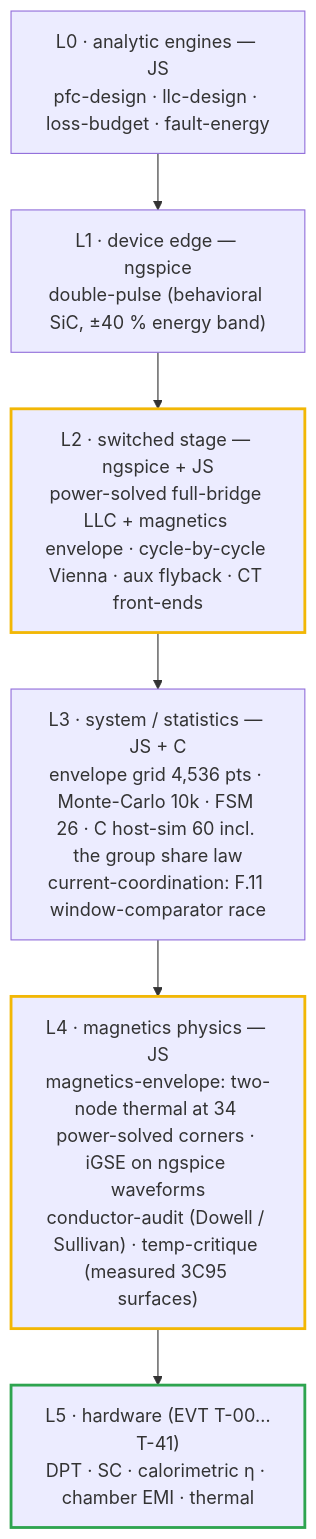
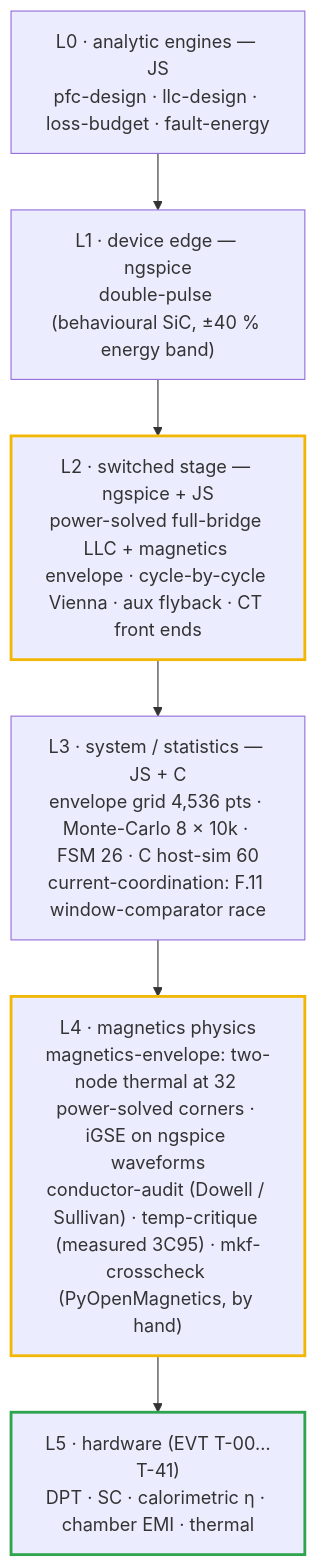
The first of 2 diagrams in docs/simulation-toolchain.md (vectivolt/DC-Modules), drawn with Mermaid before and after one commit. The commit also changed other lines of this file and 82 other files, not shown here.

````diff
--- a/docs/simulation-toolchain.md
+++ b/docs/simulation-toolchain.md
@@ -27,13 +29,13 @@
 ```mermaid
 flowchart TB
   L5["L5 · hardware (EVT T-00…T-41)<br/>DPT · SC · calorimetric η · chamber EMI · thermal"]
-  L4["L4 · magnetics physics — JS<br/>magnetics-envelope: two-node thermal at 34 power-solved corners · iGSE on ngspice waveforms<br/>conductor-audit (Dowell / Sullivan) · temp-critique (measured 3C95 surfaces)"]
-  L3["L3 · system / statistics — JS + C<br/>envelope grid 4,536 pts · Monte-Carlo 10k · FSM 26 · C host-sim 60 incl. the group share law<br/>current-coordination: F.11 window-comparator race"]
-  L2["L2 · switched stage — ngspice + JS<br/>power-solved full-bridge LLC + magnetics envelope · cycle-by-cycle Vienna · aux flyback · CT front-ends"]
-  L1["L1 · device edge — ngspice<br/>double-pulse (behavioral SiC, ±40 % energy band)"]
+  L4["L4 · magnetics physics<br/>magnetics-envelope: two-node thermal at 32 power-solved corners · iGSE on ngspice waveforms<br/>conductor-audit (Dowell / Sullivan) · temp-critique (measured 3C95) · mkf-crosscheck (PyOpenMagnetics, by hand)"]
+  L3["L3 · system / statistics — JS + C<br/>envelope grid 4,536 pts · Monte-Carlo 8 × 10k · FSM 26 · C host-sim 60<br/>current-coordination: F.11 window-comparator race"]
+  L2["L2 · switched stage — ngspice + JS<br/>power-solved full-bridge LLC + magnetics envelope · cycle-by-cycle Vienna · aux flyback · CT front ends"]
+  L1["L1 · device edge — ngspice<br/>double-pulse (behavioural SiC, ±40 % energy band)"]
   L0["L0 · analytic engines — JS<br/>pfc-design · llc-design · loss-budget · fault-energy"]
   L0 --> L1 --> L2 --> L3 --> L4 --> L5
   style L2 stroke:#f2b705,stroke-width:2.5px
   style L4 stroke:#f2b705,stroke-width:2.5px
   style L5 stroke:#2ea44f,stroke-width:2.5px
 ```
````
